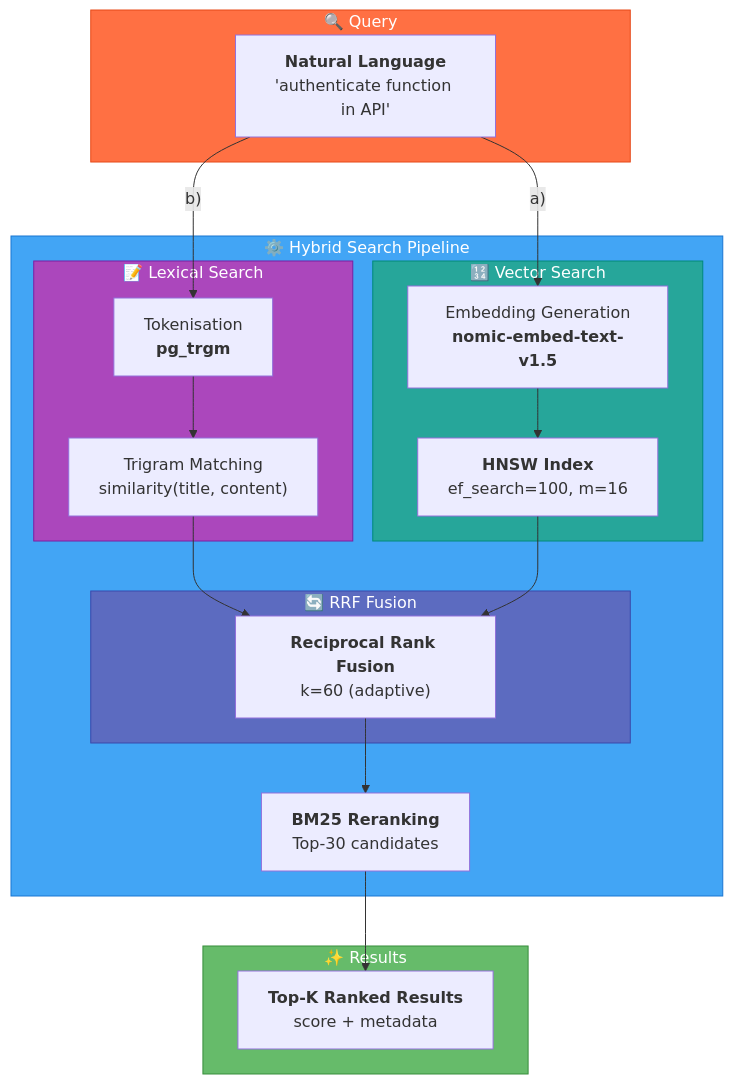
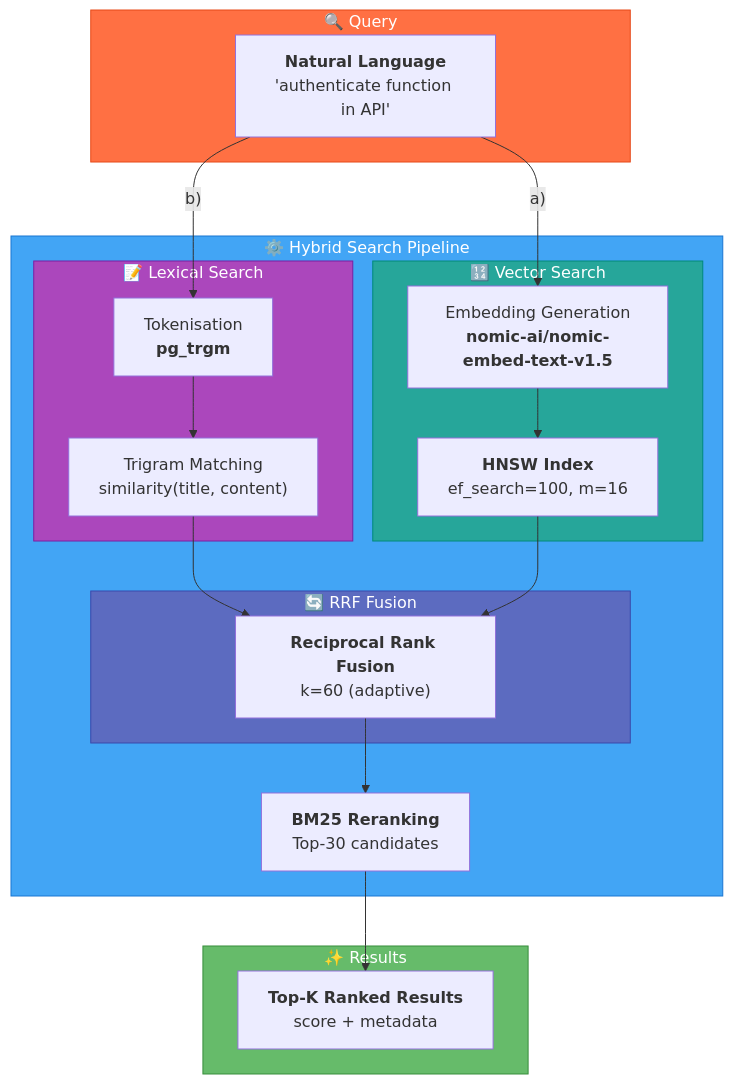
The fourth of 15 diagrams in docs/ARCHITECTURE.md (giak/mnemo-lite), drawn with Mermaid before and after one commit. The commit also changed other lines of this file, not shown here.

First line of the commit message:
docs: update ARCHITECTURE.md to reflect current codebase

````diff
--- a/docs/ARCHITECTURE.md
+++ b/docs/ARCHITECTURE.md
@@ -211,37 +217,37 @@
 ```mermaid
 flowchart TB
     subgraph QUERY["🔍 Query"]
         Q["<b>Natural Language</b><br/>'authenticate function in API'"]
     end
 
     subgraph PROCESS["⚙️ Hybrid Search Pipeline"]
-        Q -->|"a)"| EMB["Embedding Generation<br/><b>nomic-embed-text-v1.5</b>"]
+        Q -->|"a)"| EMB["Embedding Generation<br/><b>nomic-ai/nomic-embed-text-v1.5</b>"]
         Q -->|"b)"| TOK["Tokenisation<br/><b>pg_trgm</b>"]
 
         subgraph LEXICAL["📝 Lexical Search"]
             TOK --> TRGM["Trigram Matching<br/>similarity(title, content)"]
         end
 
         subgraph VECTOR["🔢 Vector Search"]
             EMB --> HNSW["<b>HNSW Index</b><br/>ef_search=100, m=16"]
         end
 
         subgraph FUSION["🔄 RRF Fusion"]
             TRGM --> RRF["<b>Reciprocal Rank Fusion</b><br/>k=60 (adaptive)"]
             HNSW --> RRF
         end
 
         RRF --> RERANK["<b>BM25 Reranking</b><br/>Top-30 candidates"]
     end
 
     subgraph OUTPUT["✨ Results"]
         RERANK --> OUT["<b>Top-K Ranked Results</b><br/>score + metadata"]
     end
 
     style QUERY fill:#FF7043,stroke:#E64A19,color:#fff
     style PROCESS fill:#42A5F5,stroke:#1976D2,color:#fff
     style OUTPUT fill:#66BB6A,stroke:#388E3C,color:#fff
     style LEXICAL fill:#AB47BC,stroke:#7B1FA2,color:#fff
     style VECTOR fill:#26A69A,stroke:#00897B,color:#fff
     style FUSION fill:#5C6BC0,stroke:#3949AB,color:#fff
 ```
````
